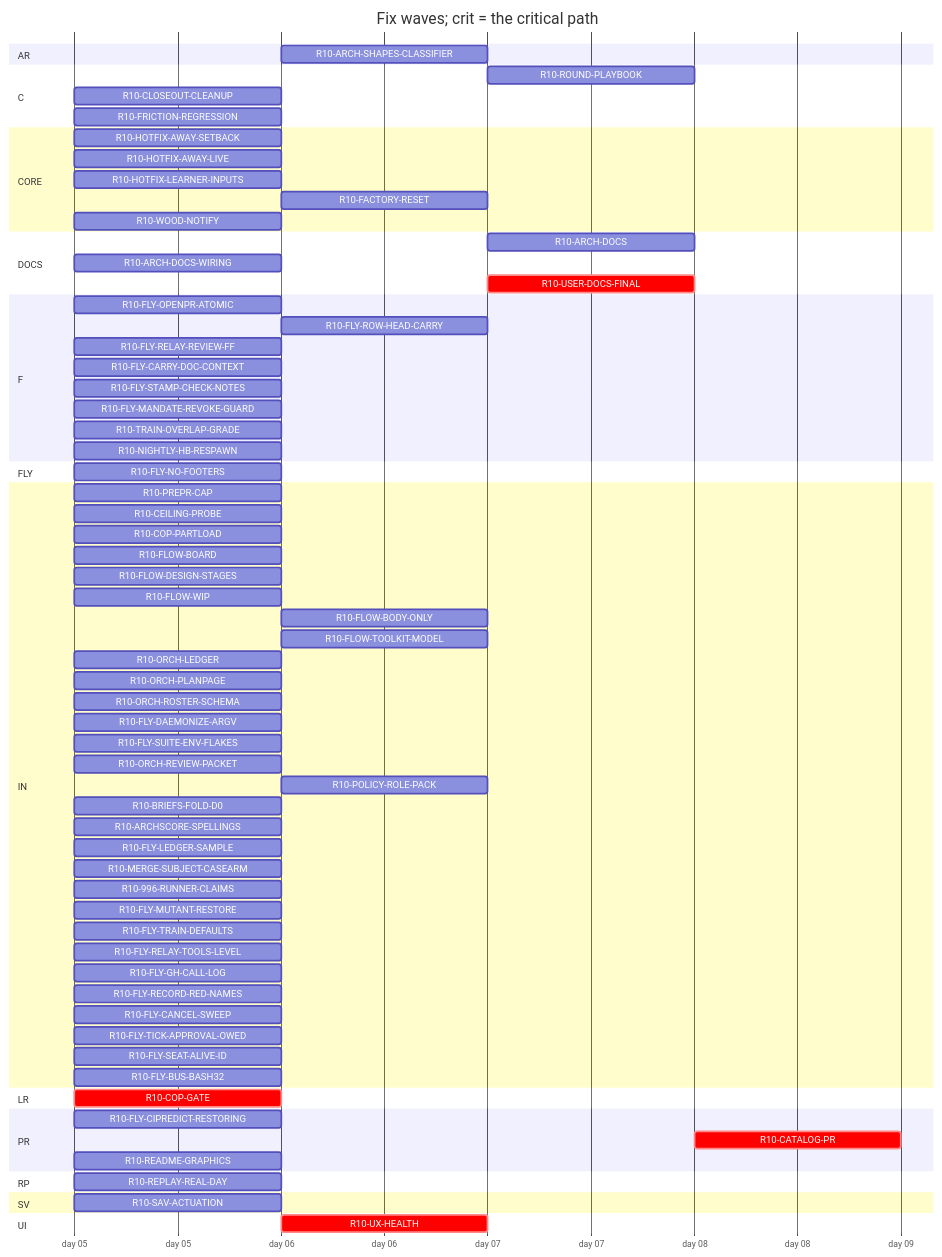
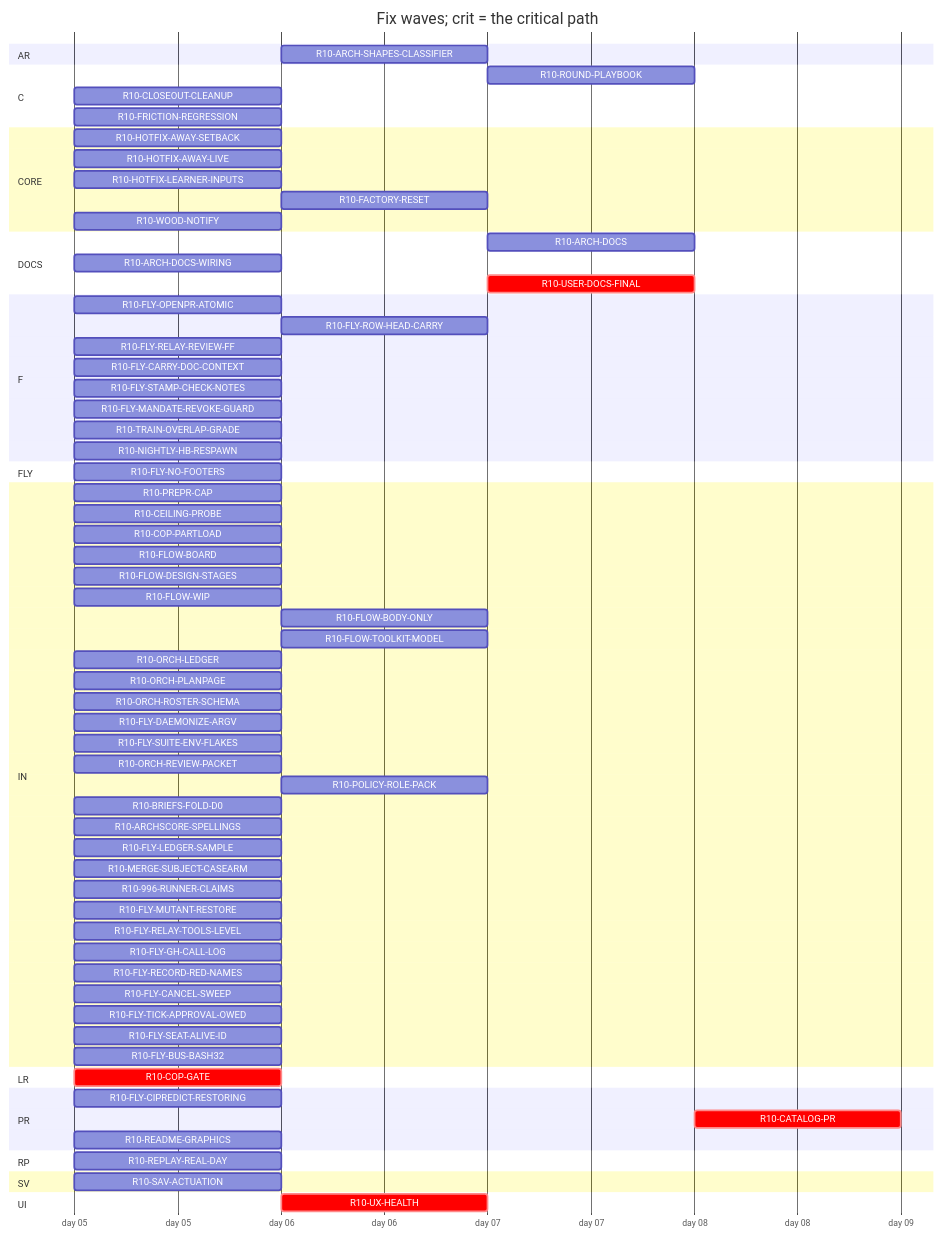
One commit to tvofi/heatpump_optimizer changed the diagram in handoff/round10/state/PLAN-TABLE.md. Above: the diagram before and after it, drawn with Mermaid. The commit also changed other lines of this file and 3 other files, not shown here.

Commit message:
state: FLOW-BOARD.md, NEXT-SESSION-PROMPT.md, PLAN-TABLE.md, RESUME-CURRENT.md regenerated (state_docs.py)

````diff
--- a/handoff/round10/state/PLAN-TABLE.md
+++ b/handoff/round10/state/PLAN-TABLE.md
@@ -25,75 +25,74 @@
 ```mermaid
 gantt
   title Fix waves; crit = the critical path
   dateFormat YYYY-MM-DD
   axisFormat day %d
   section AR
     R10-ARCH-SHAPES-CLASSIFIER :r10ARCHSHAPESCLASSIFIER, after r10996RUNNERCLAIMS, 1d
   section C
     R10-ROUND-PLAYBOOK :r10ROUNDPLAYBOOK, after r10ORCHLEDGER r10ORCHPLANPAGE r10FLYRELAYREVIEWFF r10FLOWBODYONLY, 1d
     R10-CLOSEOUT-CLEANUP :r10CLOSEOUTCLEANUP, 2026-01-05, 1d
     R10-FRICTION-REGRESSION :r10FRICTIONREGRESSION, 2026-01-05, 1d
   section CORE
     R10-HOTFIX-AWAY-SETBACK :r10HOTFIXAWAYSETBACK, 2026-01-05, 1d
     R10-HOTFIX-AWAY-LIVE :r10HOTFIXAWAYLIVE, 2026-01-05, 1d
     R10-HOTFIX-LEARNER-INPUTS :r10HOTFIXLEARNERINPUTS, 2026-01-05, 1d
     R10-FACTORY-RESET :r10FACTORYRESET, after r10HOTFIXLEARNERINPUTS, 1d
     R10-WOOD-NOTIFY :r10WOODNOTIFY, 2026-01-05, 1d
   section DOCS
     R10-ARCH-DOCS :r10ARCHDOCS, after r10COPGATE r10UXHEALTH r10CEILINGPROBE r10COPPARTLOAD r10FLOWBOARD r10FLOWDESIGNSTAGES r10FLOWWIP r10FLOWBODYONLY r10FLYOPENPRATOMIC r10FLYROWHEADCARRY r10FLYRELAYREVIEWFF r10FLYCARRYDOCCONTEXT r10FLOWTOOLKITMODEL r10FLYSTAMPCHECKNOTES r10FLYMANDATEREVOKEGUARD r10TRAINOVERLAPGRADE r10NIGHTLYHBRESPAWN r10ORCHLEDGER r10ORCHPLANPAGE r10ORCHROSTERSCHEMA r10FLYDAEMONIZEARGV r10ORCHREVIEWPACKET r10POLICYROLEPACK r10BRIEFSFOLDD0 r10REPLAYREALDAY r10ARCHSCORESPELLINGS r10SAVACTUATION r10FLYLEDGERSAMPLE r10READMEGRAPHICS, 1d
     R10-ARCH-DOCS-WIRING :r10ARCHDOCSWIRING, 2026-01-05, 1d
     R10-USER-DOCS-FINAL :crit, r10USERDOCSFINAL, after r10COPGATE r10UXHEALTH r10CEILINGPROBE r10COPPARTLOAD r10FLOWBOARD r10FLOWDESIGNSTAGES r10FLOWWIP r10FLOWBODYONLY r10FLYOPENPRATOMIC r10FLYROWHEADCARRY r10FLYRELAYREVIEWFF r10FLYCARRYDOCCONTEXT r10FLOWTOOLKITMODEL r10FLYSTAMPCHECKNOTES r10FLYMANDATEREVOKEGUARD r10TRAINOVERLAPGRADE r10NIGHTLYHBRESPAWN r10ORCHLEDGER r10ORCHPLANPAGE r10ORCHROSTERSCHEMA r10FLYDAEMONIZEARGV r10ORCHREVIEWPACKET r10POLICYROLEPACK r10BRIEFSFOLDD0 r10REPLAYREALDAY r10ARCHSCORESPELLINGS r10SAVACTUATION r10FLYLEDGERSAMPLE r10READMEGRAPHICS r10HOTFIXAWAYLIVE r10HOTFIXAWAYSETBACK r10HOTFIXLEARNERINPUTS r10FACTORYRESET r10WOODNOTIFY r10ARCHDOCSWIRING, 1d
   section F
     R10-FLY-OPENPR-ATOMIC :r10FLYOPENPRATOMIC, 2026-01-05, 1d
     R10-FLY-ROW-HEAD-CARRY :r10FLYROWHEADCARRY, after r10FLYOPENPRATOMIC, 1d
     R10-FLY-RELAY-REVIEW-FF :r10FLYRELAYREVIEWFF, 2026-01-05, 1d
     R10-FLY-CARRY-DOC-CONTEXT :r10FLYCARRYDOCCONTEXT, 2026-01-05, 1d
     R10-FLY-STAMP-CHECK-NOTES :r10FLYSTAMPCHECKNOTES, 2026-01-05, 1d
     R10-FLY-MANDATE-REVOKE-GUARD :r10FLYMANDATEREVOKEGUARD, 2026-01-05, 1d
     R10-TRAIN-OVERLAP-GRADE :r10TRAINOVERLAPGRADE, 2026-01-05, 1d
     R10-NIGHTLY-HB-RESPAWN :r10NIGHTLYHBRESPAWN, 2026-01-05, 1d
   section FLY
     R10-FLY-NO-FOOTERS :r10FLYNOFOOTERS, 2026-01-05, 1d
   section IN
     R10-PREPR-CAP :r10PREPRCAP, 2026-01-05, 1d
     R10-CEILING-PROBE :r10CEILINGPROBE, 2026-01-05, 1d
     R10-COP-PARTLOAD :r10COPPARTLOAD, 2026-01-05, 1d
     R10-FLOW-BOARD :r10FLOWBOARD, 2026-01-05, 1d
     R10-FLOW-DESIGN-STAGES :r10FLOWDESIGNSTAGES, 2026-01-05, 1d
     R10-FLOW-WIP :r10FLOWWIP, 2026-01-05, 1d
     R10-FLOW-BODY-ONLY :r10FLOWBODYONLY, after r10FLYOPENPRATOMIC, 1d
     R10-FLOW-TOOLKIT-MODEL :r10FLOWTOOLKITMODEL, after r10ORCHPLANPAGE, 1d
     R10-ORCH-LEDGER :r10ORCHLEDGER, 2026-01-05, 1d
     R10-ORCH-PLANPAGE :r10ORCHPLANPAGE, 2026-01-05, 1d
     R10-ORCH-ROSTER-SCHEMA :r10ORCHROSTERSCHEMA, 2026-01-05, 1d
     R10-FLY-DAEMONIZE-ARGV :r10FLYDAEMONIZEARGV, 2026-01-05, 1d
     R10-FLY-SUITE-ENV-FLAKES :r10FLYSUITEENVFLAKES, 2026-01-05, 1d
     R10-ORCH-REVIEW-PACKET :r10ORCHREVIEWPACKET, 2026-01-05, 1d
     R10-POLICY-ROLE-PACK :r10POLICYROLEPACK, after r10FLOWDESIGNSTAGES, 1d
     R10-BRIEFS-FOLD-D0 :r10BRIEFSFOLDD0, 2026-01-05, 1d
     R10-ARCHSCORE-SPELLINGS :r10ARCHSCORESPELLINGS, 2026-01-05, 1d
     R10-FLY-LEDGER-SAMPLE :r10FLYLEDGERSAMPLE, 2026-01-05, 1d
     R10-MERGE-SUBJECT-CASEARM :r10MERGESUBJECTCASEARM, 2026-01-05, 1d
     R10-996-RUNNER-CLAIMS :r10996RUNNERCLAIMS, 2026-01-05, 1d
     R10-FLY-MUTANT-RESTORE :r10FLYMUTANTRESTORE, 2026-01-05, 1d
-    R10-FLY-TRAIN-DEFAULTS :r10FLYTRAINDEFAULTS, 2026-01-05, 1d
     R10-FLY-RELAY-TOOLS-LEVEL :r10FLYRELAYTOOLSLEVEL, 2026-01-05, 1d
     R10-FLY-GH-CALL-LOG :r10FLYGHCALLLOG, 2026-01-05, 1d
     R10-FLY-RECORD-RED-NAMES :r10FLYRECORDREDNAMES, 2026-01-05, 1d
     R10-FLY-CANCEL-SWEEP :r10FLYCANCELSWEEP, 2026-01-05, 1d
     R10-FLY-TICK-APPROVAL-OWED :r10FLYTICKAPPROVALOWED, 2026-01-05, 1d
     R10-FLY-SEAT-ALIVE-ID :r10FLYSEATALIVEID, 2026-01-05, 1d
     R10-FLY-BUS-BASH32 :r10FLYBUSBASH32, 2026-01-05, 1d
   section LR
     R10-COP-GATE :crit, r10COPGATE, 2026-01-05, 1d
   section PR
     R10-FLY-CIPREDICT-RESTORING :r10FLYCIPREDICTRESTORING, 2026-01-05, 1d
     R10-CATALOG-PR :crit, r10CATALOGPR, after r10READMEGRAPHICS r10USERDOCSFINAL, 1d
     R10-README-GRAPHICS :r10READMEGRAPHICS, 2026-01-05, 1d
   section RP
     R10-REPLAY-REAL-DAY :r10REPLAYREALDAY, 2026-01-05, 1d
   section SV
     R10-SAV-ACTUATION :r10SAVACTUATION, 2026-01-05, 1d
   section UI
     R10-UX-HEALTH :crit, r10UXHEALTH, after r10COPGATE, 1d
 ```
````
